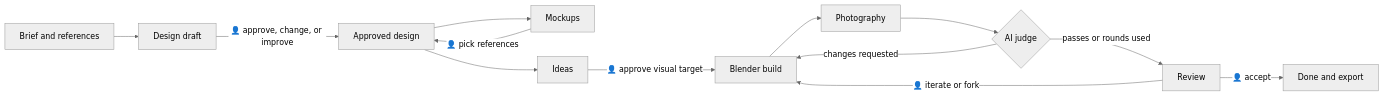
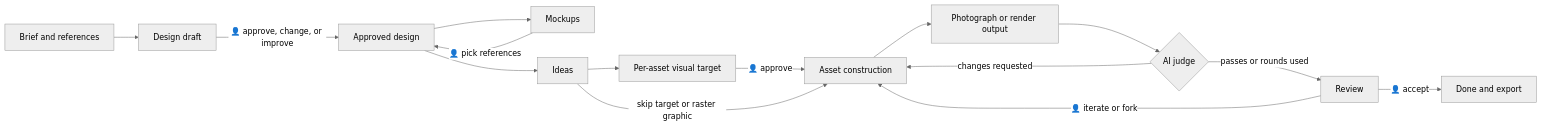
One commit to michidk/sticks-and-clay changed the diagram in README.md. Above: the diagram before and after it, drawn with Mermaid (neutral theme). The commit also changed other lines of this file and 40 other files, not shown here.

Commit message:
feat(pipelines): share approved visual targets across asset types

````diff
--- a/README.md
+++ b/README.md
@@ -70,15 +70,17 @@
 ```mermaid
 flowchart LR
   B[Brief and references] --> D[Design draft]
   D -->|👤 approve, change, or improve| A[Approved design]
   A --> M[Mockups]
   M -->|👤 pick references| A
   A --> I[Ideas]
-  I -->|👤 approve visual target| G[Blender build]
-  G --> P[Photography]
+  I --> T[Per-asset visual target]
+  T -->|👤 approve| G[Asset construction]
+  I -->|skip target or raster graphic| G
+  G --> P[Photograph or render output]
   P --> J{AI judge}
   J -->|changes requested| G
   J -->|passes or rounds used| R[Review]
   R -->|👤 accept| X[Done and export]
   R -->|👤 iterate or fork| G
 ```
````
